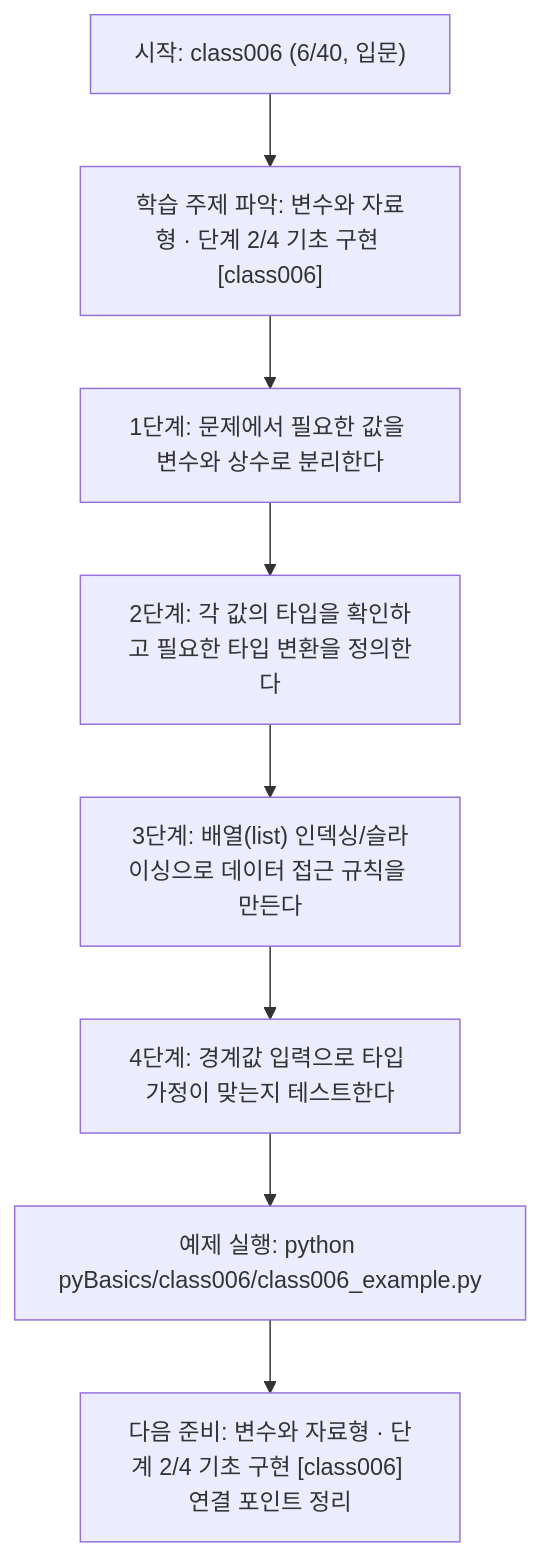
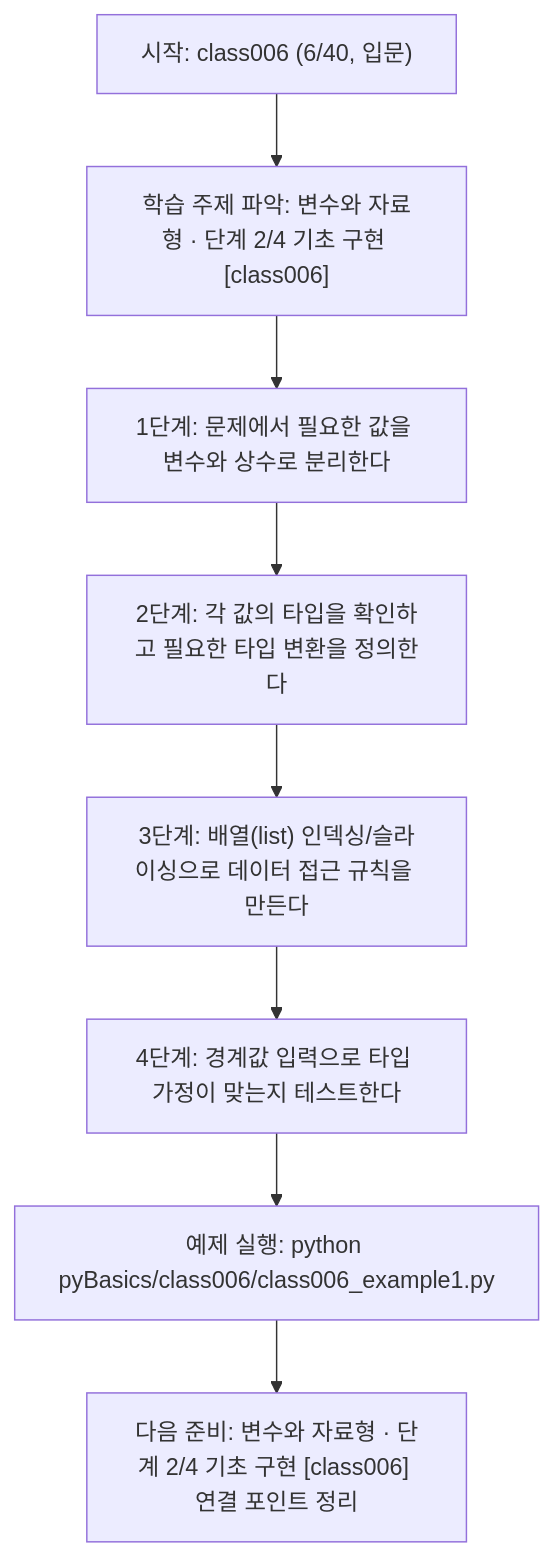
The diagram in pyBasics/class006/class006.md (edumgt/Python-AI_Agent-Class), drawn with Mermaid before and after one commit. The commit also changed other lines of this file and 2959 other files, not shown here.

````diff
--- a/pyBasics/class006/class006.md
+++ b/pyBasics/class006/class006.md
@@ -109,18 +109,18 @@
 ```mermaid
 flowchart TD
 N1["시작: class006 (6/40, 입문)"]
 N2["학습 주제 파악: 변수와 자료형 · 단계 2/4 기초 구현 [class006]"]
 N3["1단계: 문제에서 필요한 값을 변수와 상수로 분리한다"]
 N4["2단계: 각 값의 타입을 확인하고 필요한 타입 변환을 정의한다"]
 N5["3단계: 배열(list) 인덱싱/슬라이싱으로 데이터 접근 규칙을 만든다"]
 N6["4단계: 경계값 입력으로 타입 가정이 맞는지 테스트한다"]
-N7["예제 실행: python pyBasics/class006/class006_example.py"]
+N7["예제 실행: python pyBasics/class006/class006_example1.py"]
 N8["다음 준비: 변수와 자료형 · 단계 2/4 기초 구현 [class006] 연결 포인트 정리"]
 N1 --> N2
 N2 --> N3
 N3 --> N4
 N4 --> N5
 N5 --> N6
 N6 --> N7
 N7 --> N8
 ```
````
